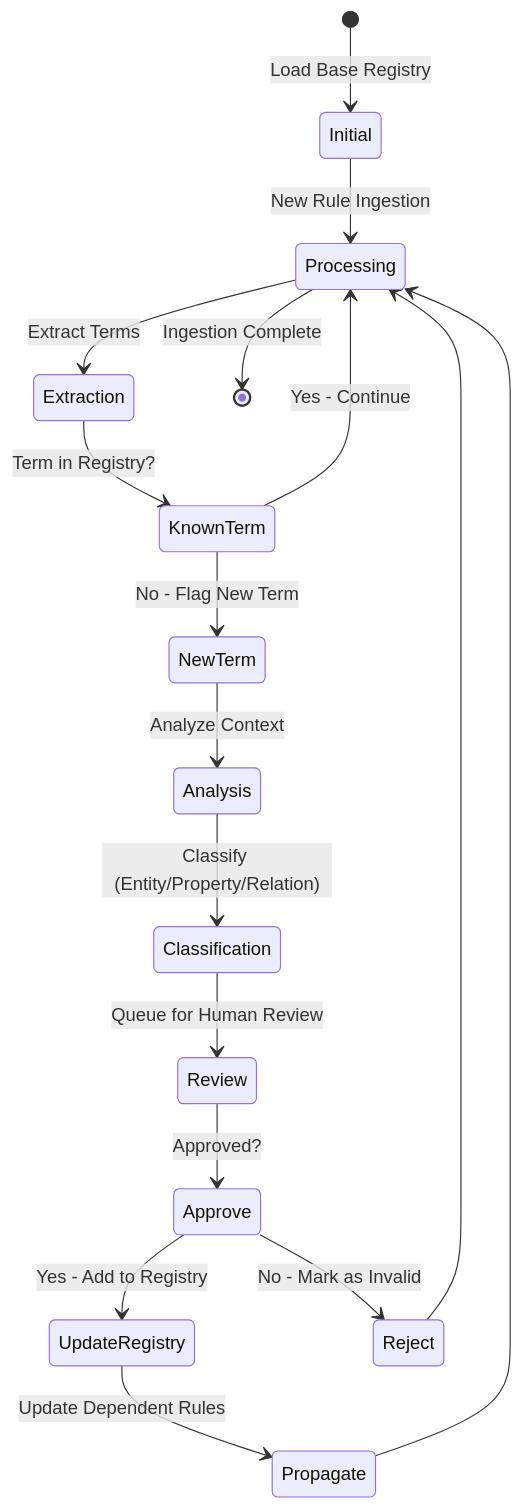
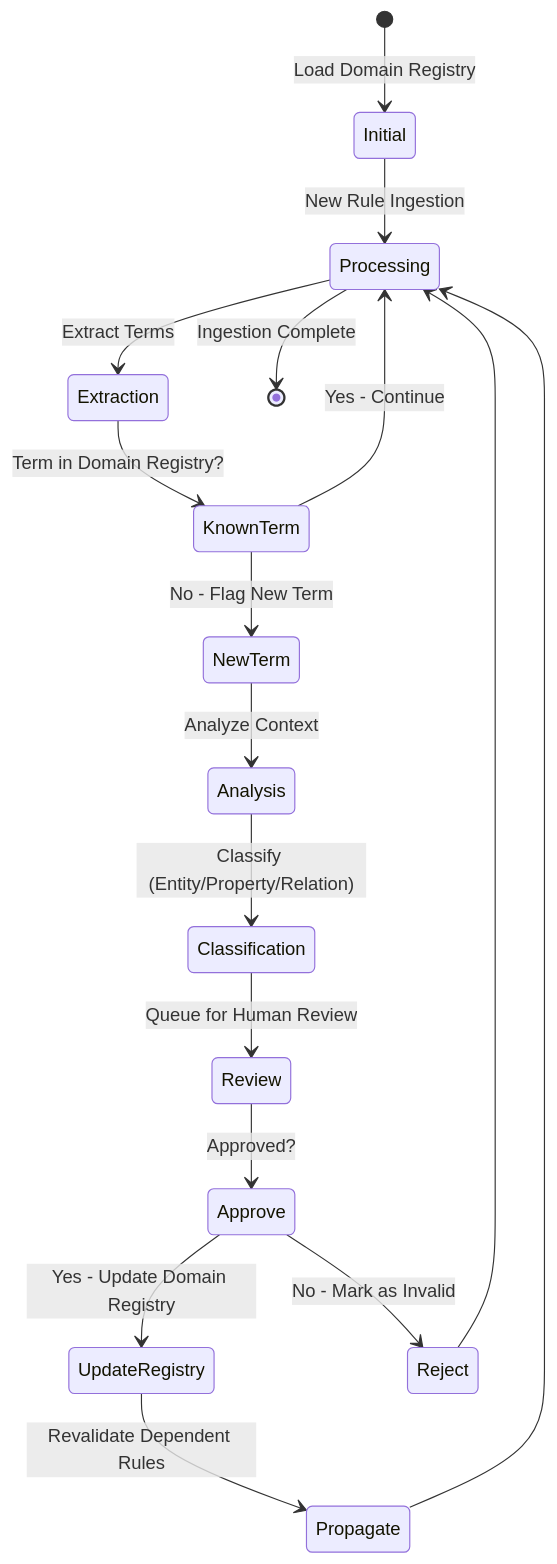
The fifth of 13 diagrams in docs/FULL_SYSTEM_ARCHITECTURE_PROPOSAL.md (o2alexanderfedin/hupyy-temporal), drawn with Mermaid before and after one commit. The commit also changed other lines of this file, not shown here.

First line of the commit message:
docs(TASK-001): Update Entity/Property Registry for domain independence

````diff
--- a/docs/FULL_SYSTEM_ARCHITECTURE_PROPOSAL.md
+++ b/docs/FULL_SYSTEM_ARCHITECTURE_PROPOSAL.md
@@ -453,26 +459,26 @@
 ```mermaid
 stateDiagram-v2
-    [*] --> Initial: Load Base Registry
-    
+    [*] --> Initial: Load Domain Registry
+
     Initial --> Processing: New Rule Ingestion
     Processing --> Extraction: Extract Terms
-    
-    Extraction --> KnownTerm: Term in Registry?
+
+    Extraction --> KnownTerm: Term in Domain Registry?
     KnownTerm --> Processing: Yes - Continue
     KnownTerm --> NewTerm: No - Flag New Term
-    
+
     NewTerm --> Analysis: Analyze Context
     Analysis --> Classification: Classify (Entity/Property/Relation)
-    
+
     Classification --> Review: Queue for Human Review
     Review --> Approve: Approved?
-    
-    Approve --> UpdateRegistry: Yes - Add to Registry
+
+    Approve --> UpdateRegistry: Yes - Update Domain Registry
     Approve --> Reject: No - Mark as Invalid
-    
-    UpdateRegistry --> Propagate: Update Dependent Rules
+
+    UpdateRegistry --> Propagate: Revalidate Dependent Rules
     Propagate --> Processing
-    
+
     Reject --> Processing
     Processing --> [*]: Ingestion Complete
 ```
````
